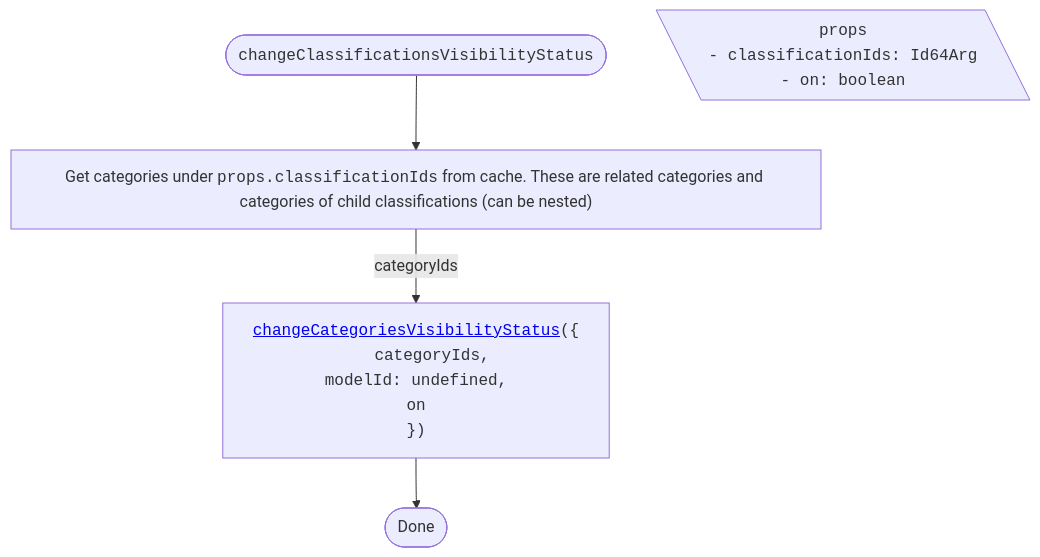
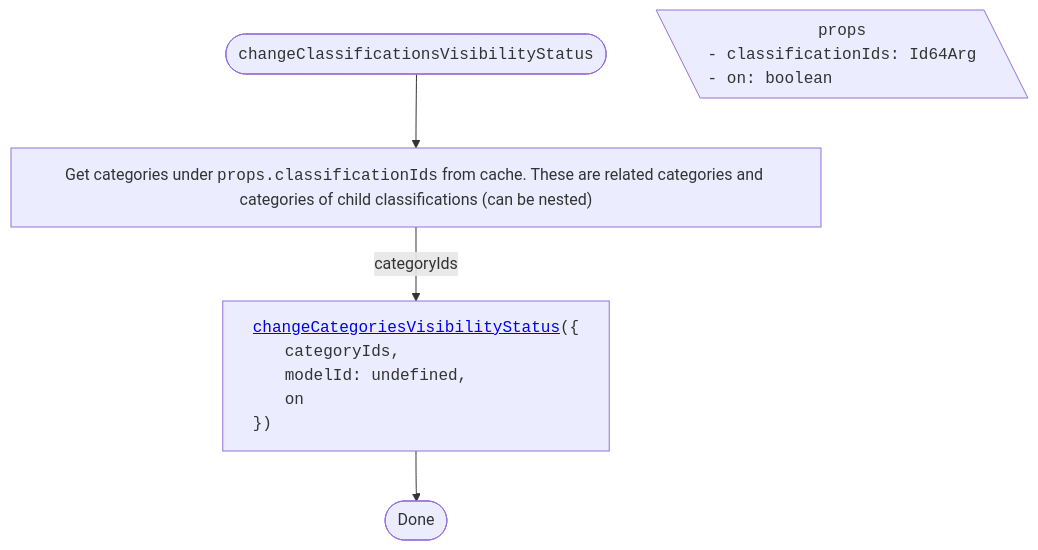
The fourth of 4 diagrams in packages/itwin/tree-widget/docs/ClassificationsTreeVisibilityHandling.md (iTwin/viewer-components-react), drawn with Mermaid before and after one commit. The commit also changed other lines of this file and 3 other files, not shown here.

````diff
--- a/packages/itwin/tree-widget/docs/ClassificationsTreeVisibilityHandling.md
+++ b/packages/itwin/tree-widget/docs/ClassificationsTreeVisibilityHandling.md
@@ -131,26 +131,26 @@
 ```mermaid
 ---
 config:
   flowchart:
     wrappingWidth: 750
     useMaxWidth: false
 ---
 
 flowchart TD
   RESULT_Done([Done])
 
   %% Start
   TITLE(["<code>changeClassificationsVisibilityStatus</code>"]) --> A["Get categories under <code>props.classificationIds</code> from cache. These are related categories and categories of child classifications (can be nested)"]
 
   PROPS[\"
     <code>props</code>
-    <code style='text-align: left;'>- classificationIds: Id64Arg<br/>- on: boolean</code>
+    <code style='display: block; text-align: left;'>- classificationIds: Id64Arg<br/>- on: boolean</code>
   "\]
 
-  A -- categoryIds --> B["<code style='text-align: left;'><a href='./SharedVisibilityHandling.md#changecategoriesvisibilitystatus'>changeCategoriesVisibilityStatus</a>({
-    <code style='padding-left: 2rem'>categoryIds,
-    modelId: undefined,
-    on</code>
+  A -- categoryIds --> B["<code style='display: block; text-align: left;'><a href='./SharedVisibilityHandling.md#changecategoriesvisibilitystatus'>changeCategoriesVisibilityStatus</a>({
+    <code style='padding-left: 2rem'>categoryIds,</code>
+    <code style='padding-left: 2rem'>modelId: undefined,</code>
+    <code style='padding-left: 2rem'>on</code>
   })</code>"]
   B --> RESULT_Done
 ```
````
